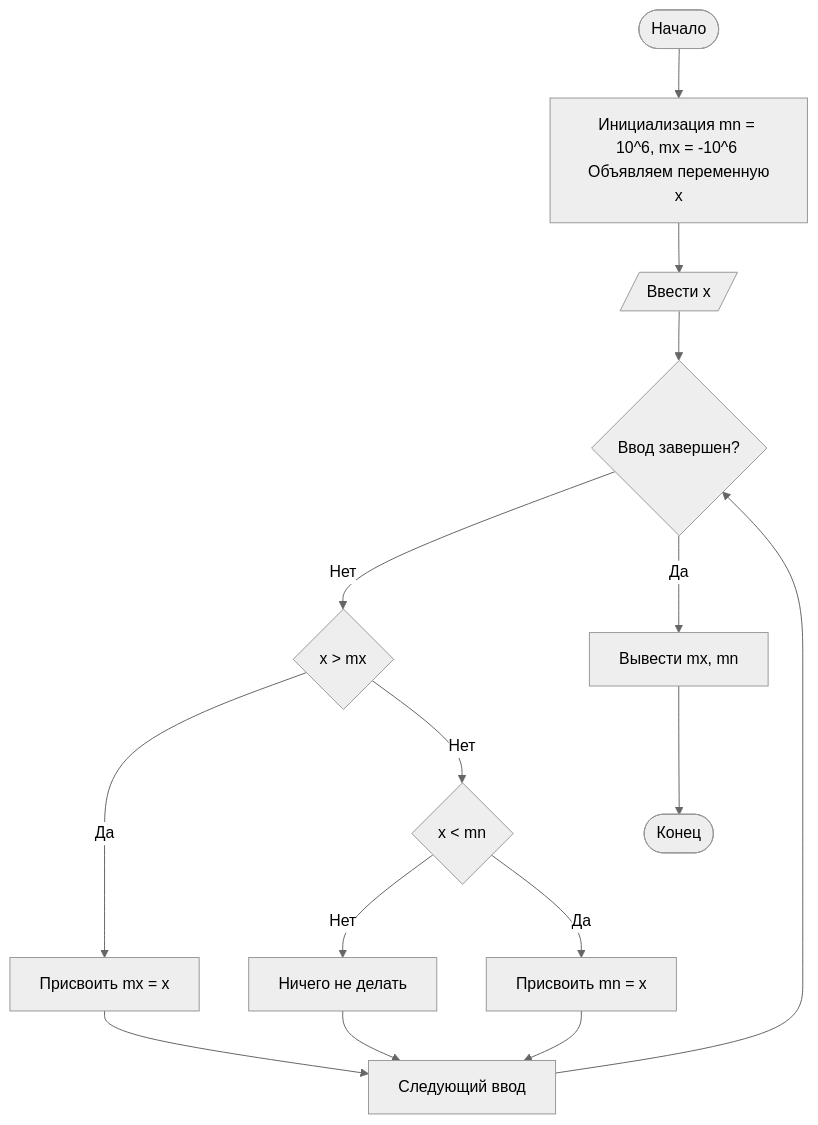
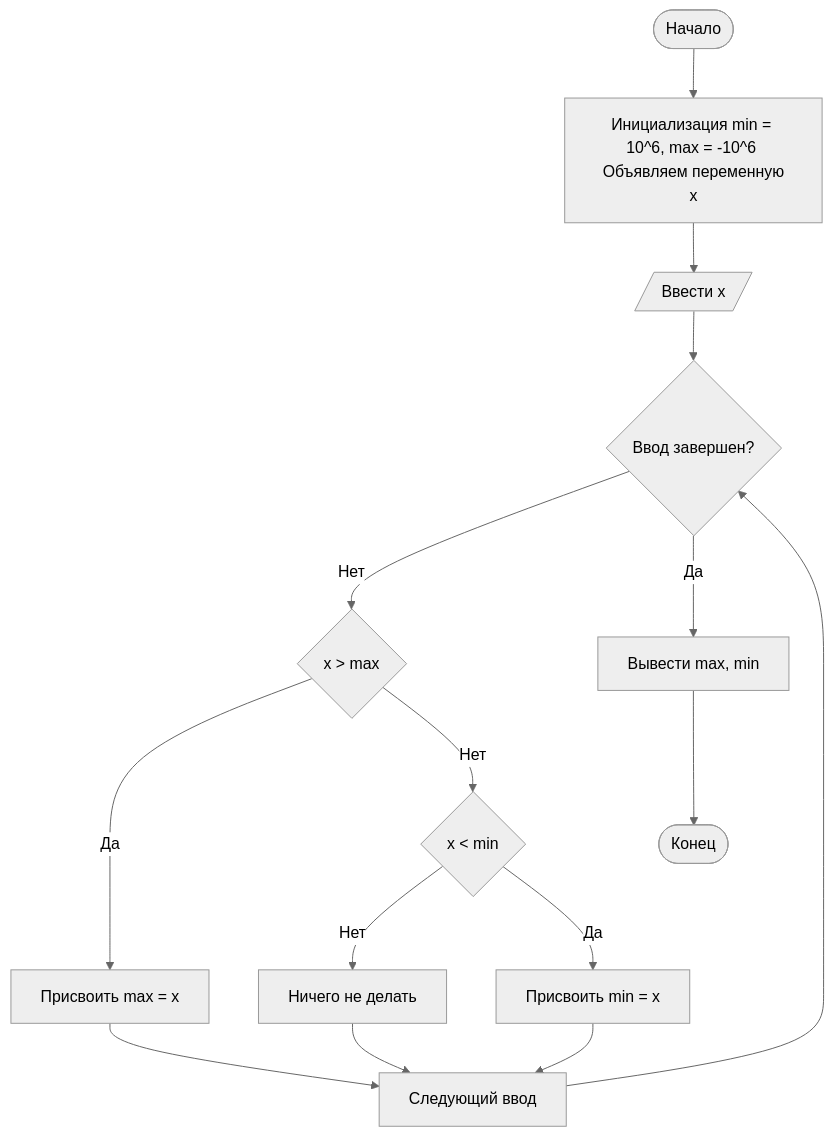
One commit to Krastti/Homework-C changed the eighth of 12 diagrams in README.md. Above: the diagram before and after it, drawn with Mermaid (neutral theme). The commit also changed other lines of this file and 1 other file, not shown here.

Commit message:
Update 1.2.26/27

````diff
--- a/README.md
+++ b/README.md
@@ -126,17 +126,17 @@
 ``` mermaid
 flowchart TD
-    A([Начало]) --> B[Инициализация mn = 10^6, mx = -10^6 <br> Объявляем переменную x]
+    A([Начало]) --> B[Инициализация min = 10^6, max = -10^6 <br> Объявляем переменную x]
     B --> C[/Ввести x/]
     C --> D{Ввод завершен?}
-    D -- Нет --> F{x > mx}
-    F -- Да --> G[Присвоить mx = x]
-    F -- Нет --> H{x < mn}
+    D -- Нет --> F{x > max}
+    F -- Да --> G[Присвоить max = x]
+    F -- Нет --> H{x < min}
     H -- Нет --> I[Ничего не делать]
-    H -- Да --> J[Присвоить mn = x]
+    H -- Да --> J[Присвоить min = x]
     I --> K[Следующий ввод]
     G --> K
     J --> K
     K --> D
-    D -- Да --> L[Вывести mx, mn]
+    D -- Да --> L[Вывести max, min]
     L --> M([Конец])
 ```
````
